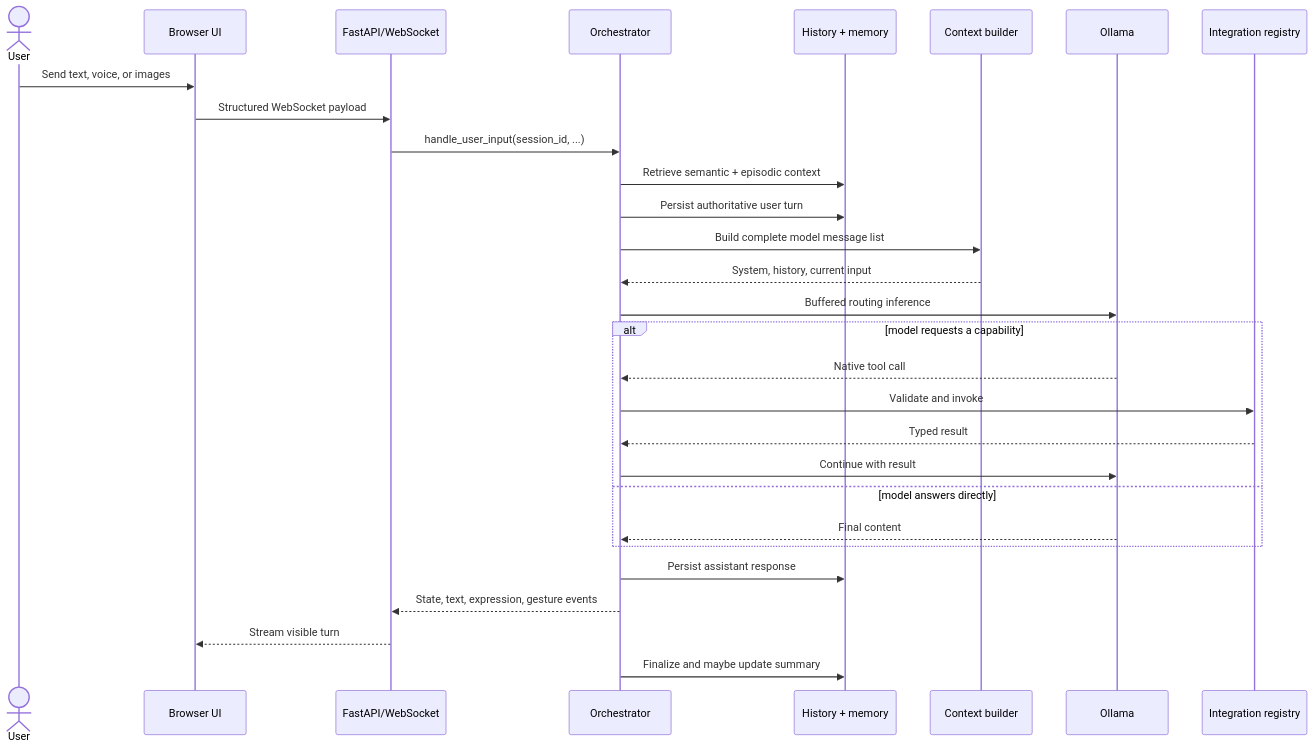
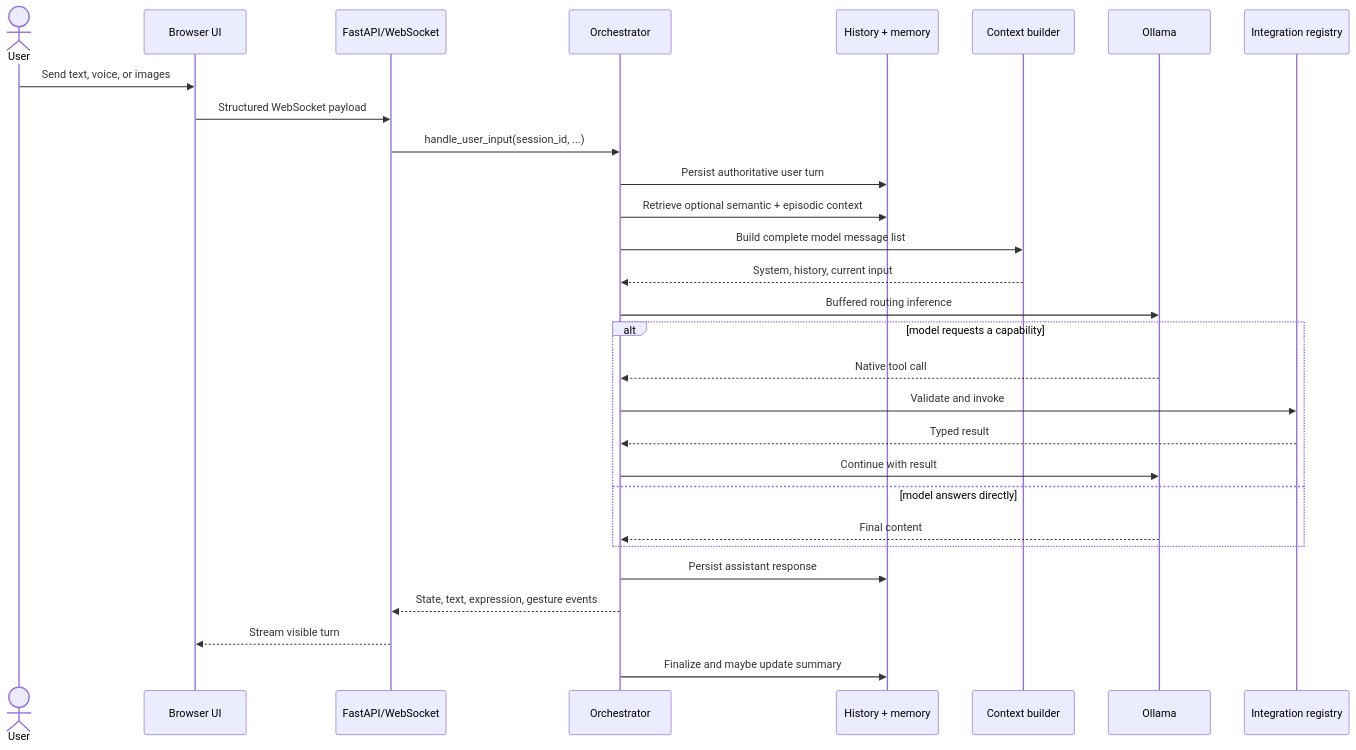
One commit to danielmarek22/local_ai_assistant changed the diagram in docs/architecture/runtime.md. Above: the diagram before and after it, drawn with Mermaid. The commit also changed other lines of this file and 4 other files, not shown here.

````diff
--- a/docs/architecture/runtime.md
+++ b/docs/architecture/runtime.md
@@ -12,32 +12,32 @@
 ```mermaid
 sequenceDiagram
     actor User
     participant UI as Browser UI
     participant API as FastAPI/WebSocket
     participant O as Orchestrator
     participant H as History + memory
     participant C as Context builder
     participant L as Ollama
     participant T as Integration registry
 
     User->>UI: Send text, voice, or images
     UI->>API: Structured WebSocket payload
     API->>O: handle_user_input(session_id, ...)
-    O->>H: Retrieve semantic + episodic context
     O->>H: Persist authoritative user turn
+    O->>H: Retrieve optional semantic + episodic context
     O->>C: Build complete model message list
     C-->>O: System, history, current input
     O->>L: Buffered routing inference
     alt model requests a capability
         L-->>O: Native tool call
         O->>T: Validate and invoke
         T-->>O: Typed result
         O->>L: Continue with result
     else model answers directly
         L-->>O: Final content
     end
     O->>H: Persist assistant response
     O-->>API: State, text, expression, gesture events
     API-->>UI: Stream visible turn
     O->>H: Finalize and maybe update summary
 ```
````
